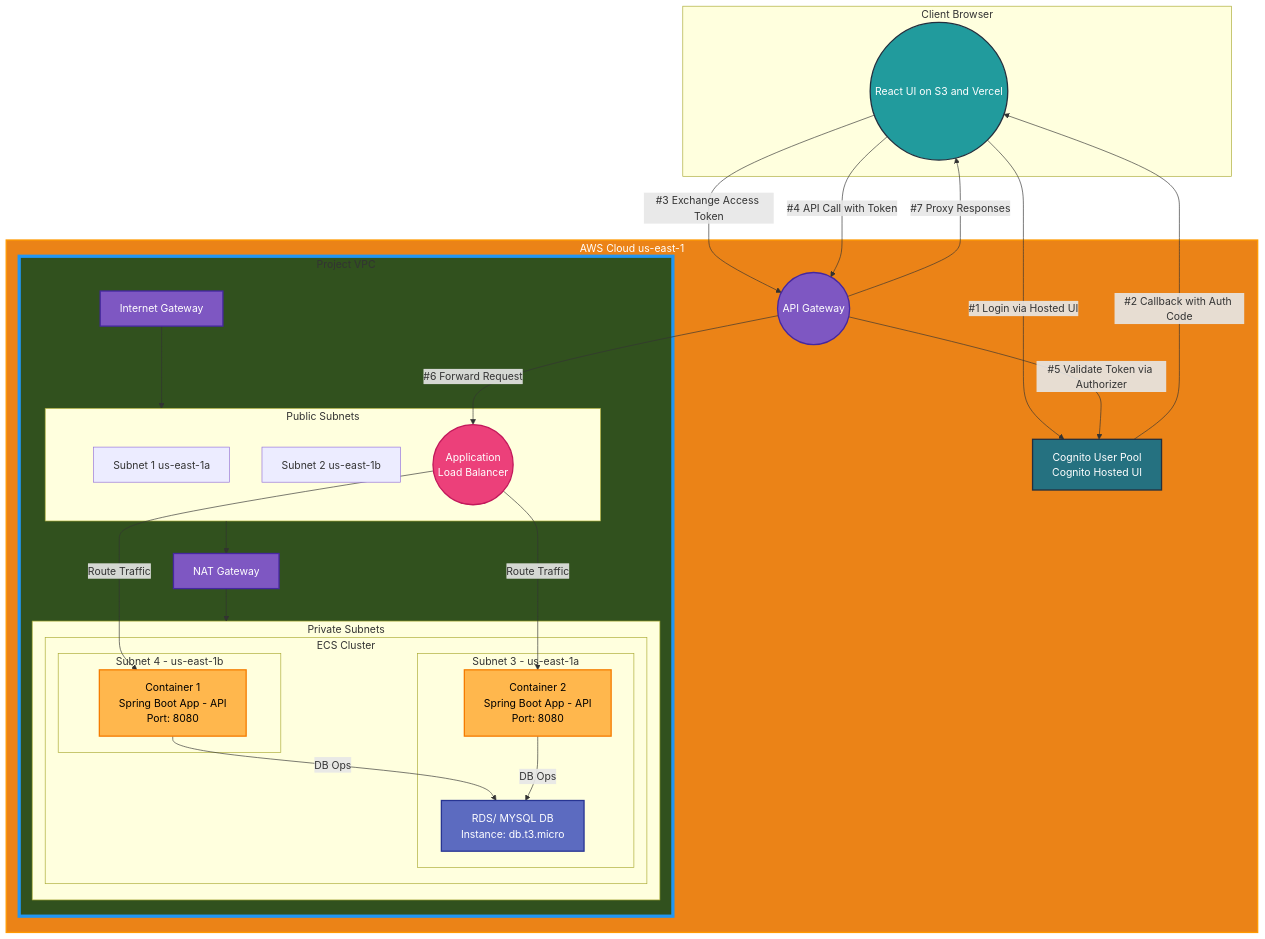
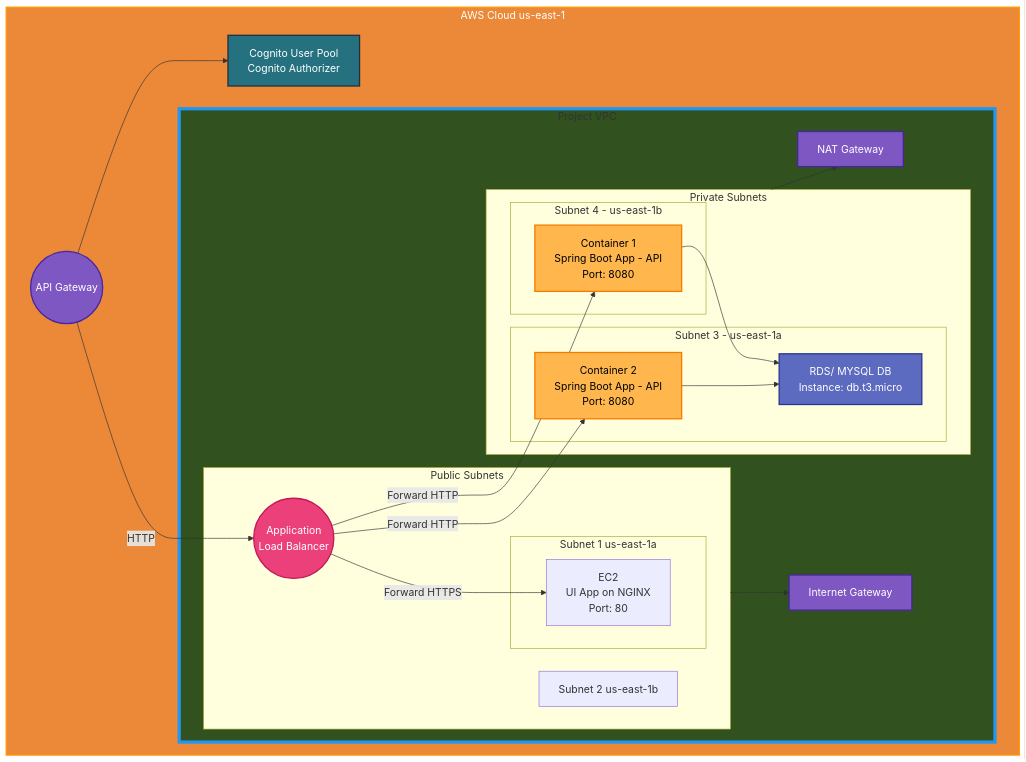
One commit to ilkeratik/todo-app-ui changed the diagram in README.md. Above: the diagram before and after it, drawn with Mermaid.

````diff
--- a/README.md
+++ b/README.md
@@ -56,74 +56,68 @@
 ```mermaid
 graph TB
+
     %% Style definitions
-    classDef aws fill:#EB8317,stroke:#FF9900,color:white,stroke-width:2px
+    classDef aws fill:#EB8939,stroke:#FF9900,color:white,stroke-width:2px
     classDef vpc fill:#31511E,stroke:#2196F3,stroke-width:5px
     classDef subnet fill:#BBDEFB,stroke:#1976D2,stroke-width:2px
     classDef rds fill:#5C6BC0,stroke:#283593,color:white,stroke-width:2px
     classDef container fill:#FFB74D,stroke:#F57C00,color:black,stroke-width:2px
     classDef alb fill:#EC407A,stroke:#C2185B,color:white,stroke-width:2px
     classDef gateway fill:#7E57C2,stroke:#4527A0,color:white,stroke-width:2px
     classDef cognito fill:#257180,stroke:#232F3E,color:white,stroke-width:2px
     classDef ui fill:#219B9D,stroke:#232F3E,color:white,stroke-width:2px
 
-    subgraph CLIENT[Client Browser]
-        REACTUI((React UI on S3 and Vercel))
-    end
-
     subgraph AWS[AWS Cloud us-east-1]
         APIGW((API Gateway))
-        COGNITO[Cognito User Pool <br> Cognito Hosted UI]
+        COGNITO[Cognito User Pool <br> Cognito Authorizer]
         
         subgraph VPC[Project VPC]
             subgraph PUBLIC[Public Subnets]
-                PS1[Subnet 1 us-east-1a]
                 PS2[Subnet 2 us-east-1b]
+                subgraph PS1[Subnet 1 us-east-1a]
+                 TASK3[EC2<br/>UI App on NGINX <br/> Port: 80]
+                end
                 ALB((Application <br>Load Balancer))
             end
+
             subgraph PRIVATE[Private Subnets]
-                subgraph ECS[ECS Cluster]
-                    subgraph PRS2[Subnet 3 - us-east-1a]
-                        DB[RDS/ MYSQL DB<br/>Instance: db.t3.micro]
-                        TASK2[Container 2<br/>Spring Boot App - API <br/> Port: 8080]
-                    end      
-                    subgraph PRS1[Subnet 4 - us-east-1b]
-                        TASK1[Container 1<br/>Spring Boot App - API <br/> Port: 8080]
-                    end   
-                end
+                 subgraph PRS2[Subnet 3 - us-east-1a]
+                     DB[RDS/ MYSQL DB<br/>Instance: db.t3.micro]
+                     TASK2[Container 2<br/>Spring Boot App - API <br/> Port: 8080]
+                 end      
+                 subgraph PRS1[Subnet 4 - us-east-1b]
+                     TASK1[Container 1<br/>Spring Boot App - API <br/> Port: 8080]
+                 end  
             end
+
             IGW[Internet Gateway]
             NAT[NAT Gateway]
+
         end
+
     end
 
-    %% Authentication Flow
-    REACTUI -->|#1 Login via Hosted UI| COGNITO
-    COGNITO -->|#2 Callback with Auth Code| REACTUI
-    REACTUI -->|#3 Exchange Access Token| APIGW
-    REACTUI -->|#4 API Call with Token| APIGW
-    APIGW -->|#5 Validate Token via Authorizer| COGNITO
     
-    %% Application Flow
-    APIGW -->|#6 Forward Request| ALB
-    APIGW -->|#7 Proxy Responses| REACTUI
-    ALB -->|Route Traffic| TASK1
-    ALB -->|Route Traffic| TASK2
-    TASK1 -->|DB Ops| DB
-    TASK2 -->|DB Ops| DB
-    
-    %% Network Flow
-    IGW --> PUBLIC
-    NAT --> PRIVATE
-    PUBLIC --> NAT
-
     %% Apply styles
     class AWS aws
-    class REACTUI ui
     class COGNITO cognito
     class APIGW gateway
     class VPC vpc
     class ALB alb
     class TASK1,TASK2 container
     class DB rds
     class IGW,NAT gateway
+
+    
+    %% Connections
+
+    APIGW --> COGNITO 
+    ALB -->|Forward HTTP| TASK1
+    ALB -->|Forward HTTP| TASK2
+    ALB -->|Forward HTTPS| TASK3
+    APIGW -->|HTTP| ALB 
+    TASK1 --> DB 
+    TASK2 --> DB 
+    PUBLIC --> IGW 
+    PRIVATE --> NAT 
 ```
````
